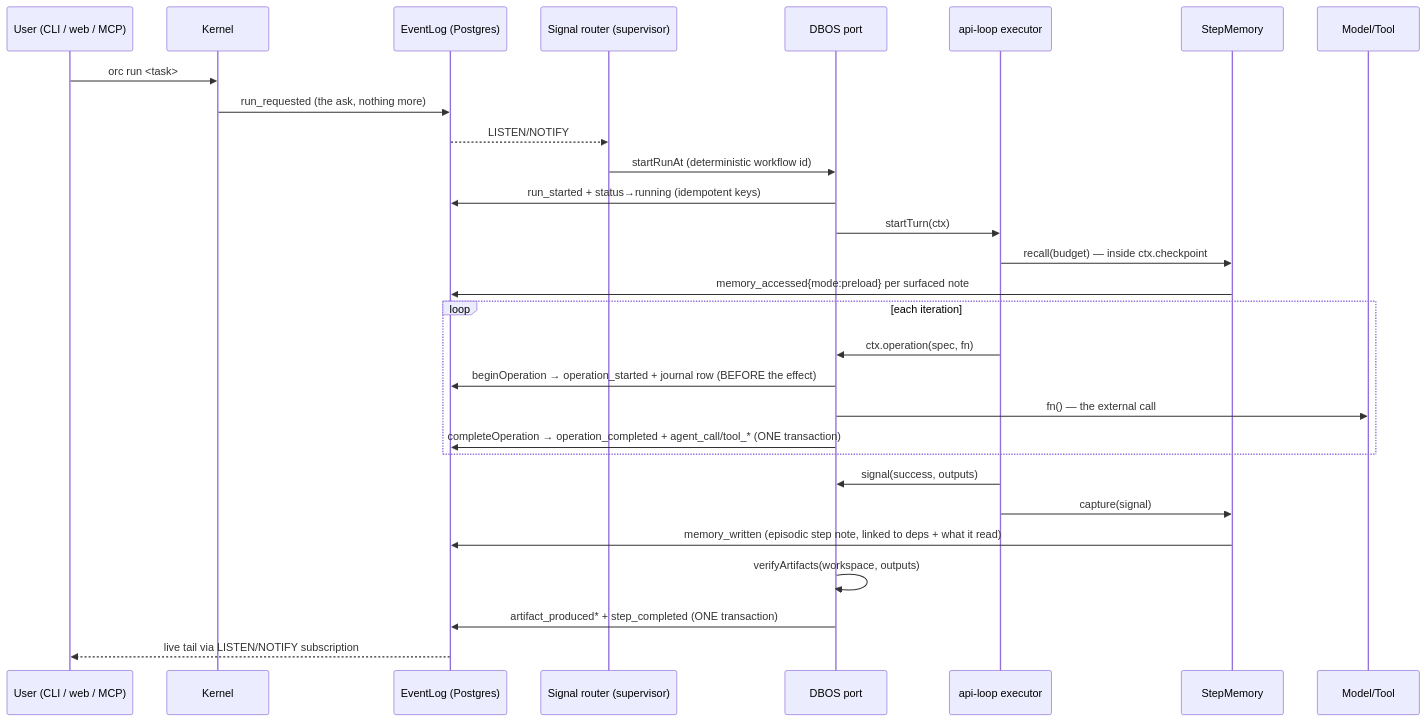
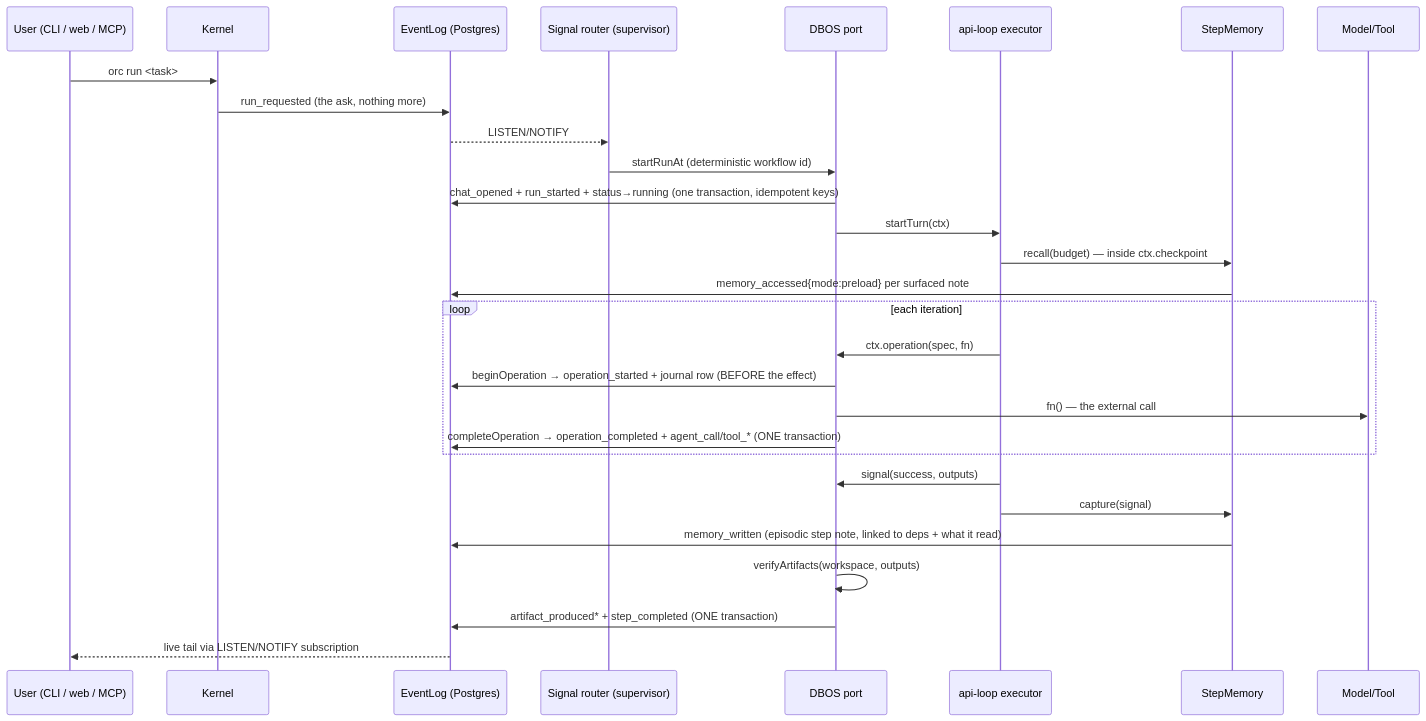
One commit to fetttttjoe/ORC changed the sixth of 7 diagrams in docs/ARCHITECTURE.md. Above: the diagram before and after it, drawn with Mermaid. The commit also changed other lines of this file and 190 other files, not shown here.

````diff
--- a/docs/ARCHITECTURE.md
+++ b/docs/ARCHITECTURE.md
@@ -615,32 +615,32 @@
 ```mermaid
 sequenceDiagram
   participant U as User (CLI / web / MCP)
   participant K as Kernel
   participant L as EventLog (Postgres)
   participant R as Signal router (supervisor)
   participant D as DBOS port
   participant X as api-loop executor
   participant Y as StepMemory
   participant M as Model/Tool
 
   U->>K: orc run <task>
   K->>L: run_requested (the ask, nothing more)
   L-->>R: LISTEN/NOTIFY
   R->>D: startRunAt (deterministic workflow id)
-  D->>L: run_started + status→running (idempotent keys)
+  D->>L: chat_opened + run_started + status→running (one transaction, idempotent keys)
   D->>X: startTurn(ctx)
   X->>Y: recall(budget) — inside ctx.checkpoint
   Y->>L: memory_accessed{mode:preload} per surfaced note
   loop each iteration
     X->>D: ctx.operation(spec, fn)
     D->>L: beginOperation → operation_started + journal row (BEFORE the effect)
     D->>M: fn() — the external call
     D->>L: completeOperation → operation_completed + agent_call/tool_* (ONE transaction)
   end
   X->>D: signal(success, outputs)
   X->>Y: capture(signal)
   Y->>L: memory_written (episodic step note, linked to deps + what it read)
   D->>D: verifyArtifacts(workspace, outputs)
   D->>L: artifact_produced* + step_completed (ONE transaction)
   L-->>U: live tail via LISTEN/NOTIFY subscription
 ```
````
